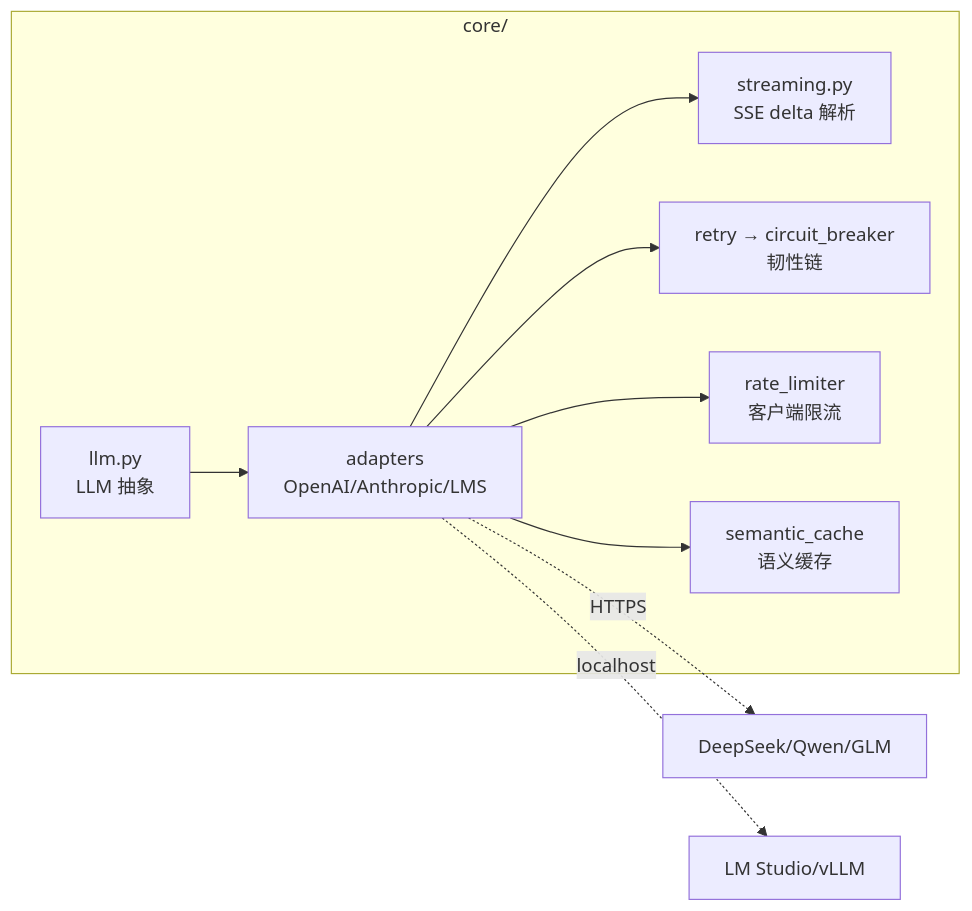
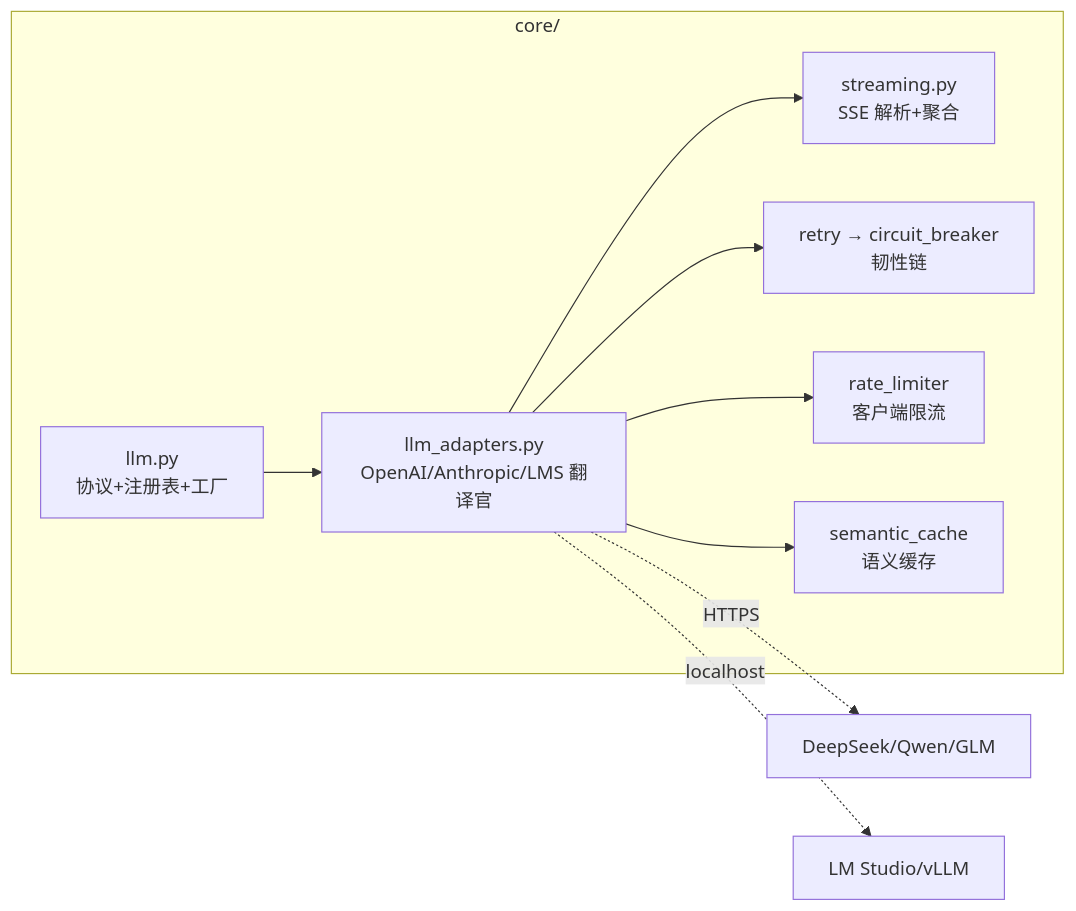
The diagram in docs/modules/M02-模型网关.md (JIHT/Agent-Godot), drawn with Mermaid before and after one commit. The commit also changed other lines of this file and 53 other files, not shown here.

````diff
--- a/docs/modules/M02-模型网关.md
+++ b/docs/modules/M02-模型网关.md
@@ -19,12 +21,12 @@
 ```mermaid
 flowchart LR
     subgraph core/
-        A[llm.py<br/>LLM 抽象] --> B[adapters<br/>OpenAI/Anthropic/LMS]
-        B --> C[streaming.py<br/>SSE delta 解析]
+        A[llm.py<br/>协议+注册表+工厂] --> B[llm_adapters.py<br/>OpenAI/Anthropic/LMS 翻译官]
+        B --> C[streaming.py<br/>SSE 解析+聚合]
         B --> D[retry → circuit_breaker<br/>韧性链]
         B --> E[rate_limiter<br/>客户端限流]
         B --> F[semantic_cache<br/>语义缓存]
     end
     B -.->|HTTPS| API[DeepSeek/Qwen/GLM]
     B -.->|localhost| LMS[LM Studio/vLLM]
 ```
````
